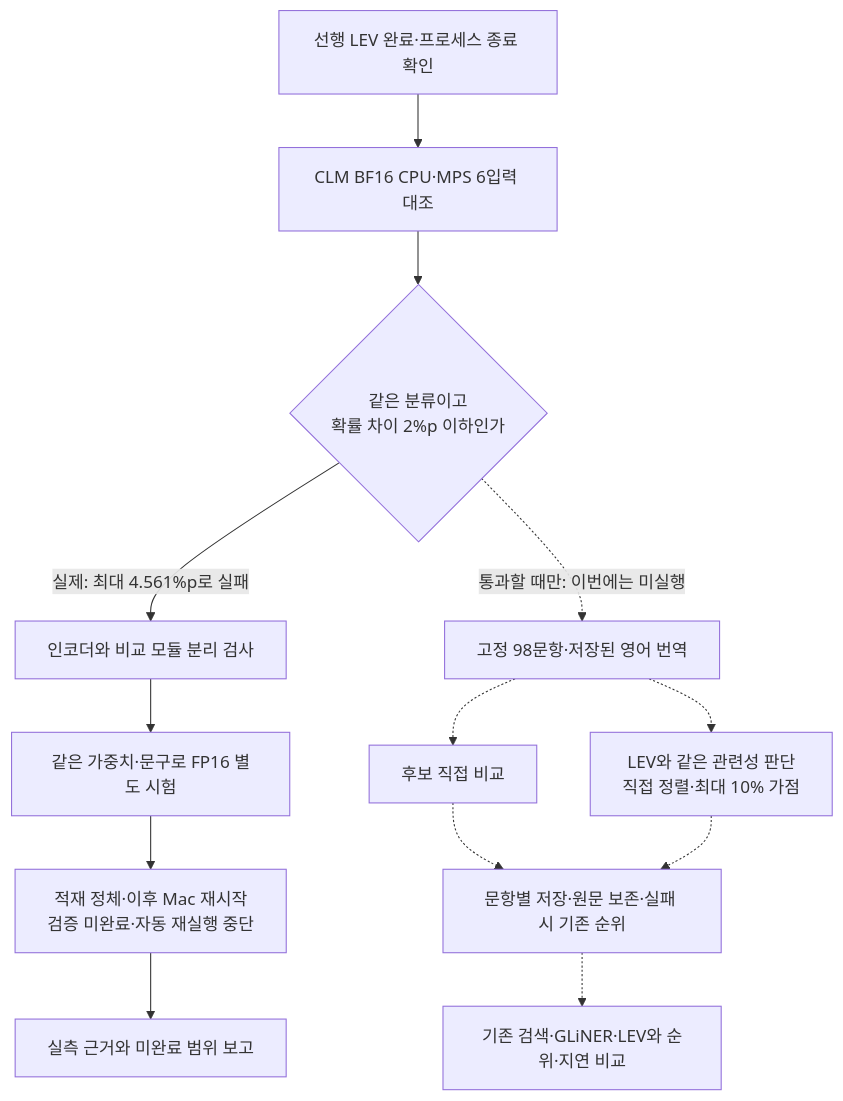
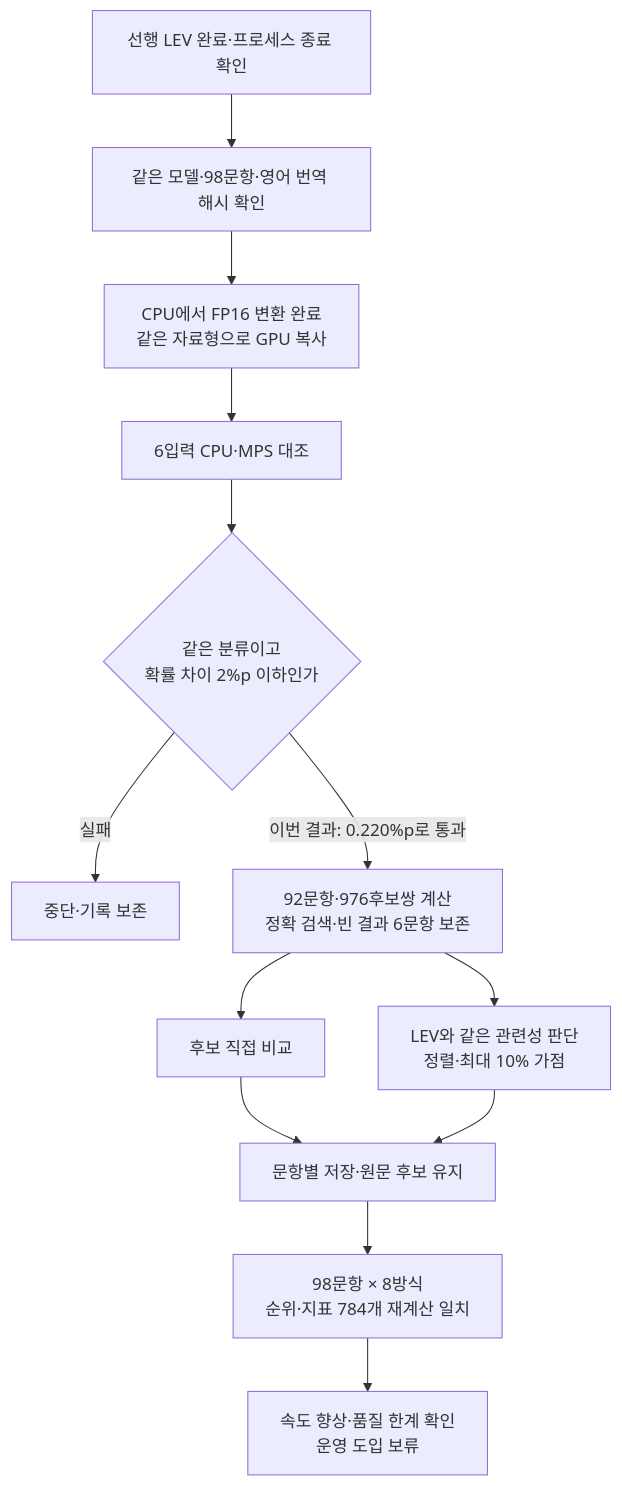
One commit to pmh10401/cs-excel-rag changed the diagram in docs/CLM-비교실험-20260926.md. Above: the diagram before and after it, drawn with Mermaid. The commit also changed other lines of this file and 4 other files, not shown here.

Commit message:
fix: load CLM through CPU and report completed RAG comparison

````diff
--- a/docs/CLM-비교실험-20260926.md
+++ b/docs/CLM-비교실험-20260926.md
@@ -19,15 +36,15 @@
 ```mermaid
 flowchart TD
-    PRIOR[선행 LEV 완료·프로세스 종료 확인] --> PROBE[CLM BF16 CPU·MPS 6입력 대조]
+    PRIOR[선행 LEV 완료·프로세스 종료 확인] --> ASSET[같은 모델·98문항·영어 번역 해시 확인]
+    ASSET --> LOAD[CPU에서 FP16 변환 완료<br/>같은 자료형으로 GPU 복사]
+    LOAD --> PROBE[6입력 CPU·MPS 대조]
     PROBE --> GATE{같은 분류이고<br/>확률 차이 2%p 이하인가}
-    GATE -->|실제: 최대 4.561%p로 실패| DIAG[인코더와 비교 모듈 분리 검사]
-    DIAG --> FP16[같은 가중치·문구로 FP16 별도 시험]
-    FP16 --> STOP[적재 정체·이후 Mac 재시작<br/>검증 미완료·자동 재실행 중단]
-    GATE -.->|통과할 때만: 이번에는 미실행| RUN[고정 98문항·저장된 영어 번역]
-    RUN -.-> NATIVE[후보 직접 비교]
-    RUN -.-> PAIR[LEV와 같은 관련성 판단<br/>직접 정렬·최대 10% 가점]
-    NATIVE -.-> SAVE[문항별 저장·원문 보존·실패 시 기존 순위]
-    PAIR -.-> SAVE
-    SAVE -.-> CHECK[기존 검색·GLiNER·LEV와 순위·지연 비교]
-    STOP --> REPORT[실측 근거와 미완료 범위 보고]
+    GATE -->|실패| STOP[중단·기록 보존]
+    GATE -->|이번 결과: 0.220%p로 통과| RUN[92문항·976후보쌍 계산<br/>정확 검색·빈 결과 6문항 보존]
+    RUN --> NATIVE[후보 직접 비교]
+    RUN --> PAIR[LEV와 같은 관련성 판단<br/>정렬·최대 10% 가점]
+    NATIVE --> SAVE[문항별 저장·원문 후보 유지]
+    PAIR --> SAVE
+    SAVE --> CHECK[98문항 × 8방식<br/>순위·지표 784개 재계산 일치]
+    CHECK --> HOLD[속도 향상·품질 한계 확인<br/>운영 도입 보류]
 ```
````
